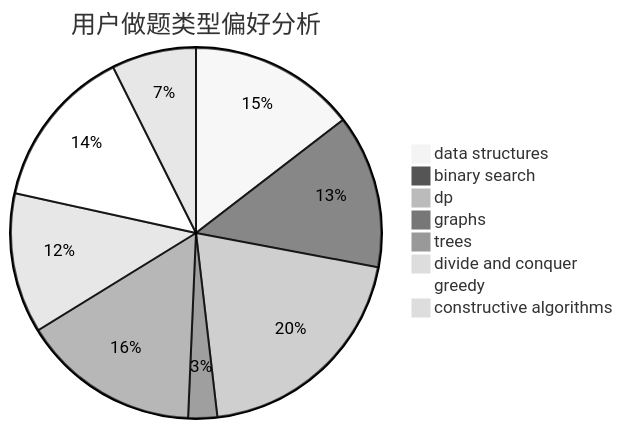
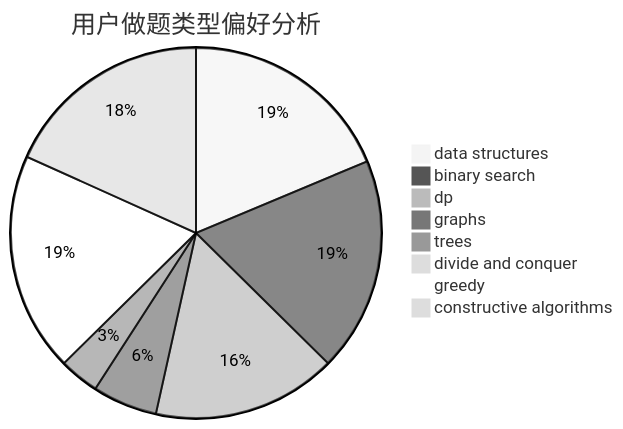
One commit to sherpahu/cfrs.github.io changed the second of 3 diagrams in docs/user/u1629.md. Above: the diagram before and after it, drawn with Mermaid (neutral theme). The commit also changed other lines of this file and 2770 other files, not shown here.

````diff
--- a/docs/user/u1629.md
+++ b/docs/user/u1629.md
@@ -23,11 +23,11 @@
 ```mermaid
 pie title 用户做题类型偏好分析
-    "data structures" :  75
-    "binary search" :  69
-    "dp" :  104
+    "data structures" :  43
+    "binary search" :  43
+    "dp" :  37
     "graphs" :  13
-    "trees" :  80
-    "divide and conquer" :  63
-    "greedy" :  73
-    "constructive algorithms" :  38
+    "trees" :  8
+    "divide and conquer" :  0
+    "greedy" :  44
+    "constructive algorithms" :  42
 ```
````
